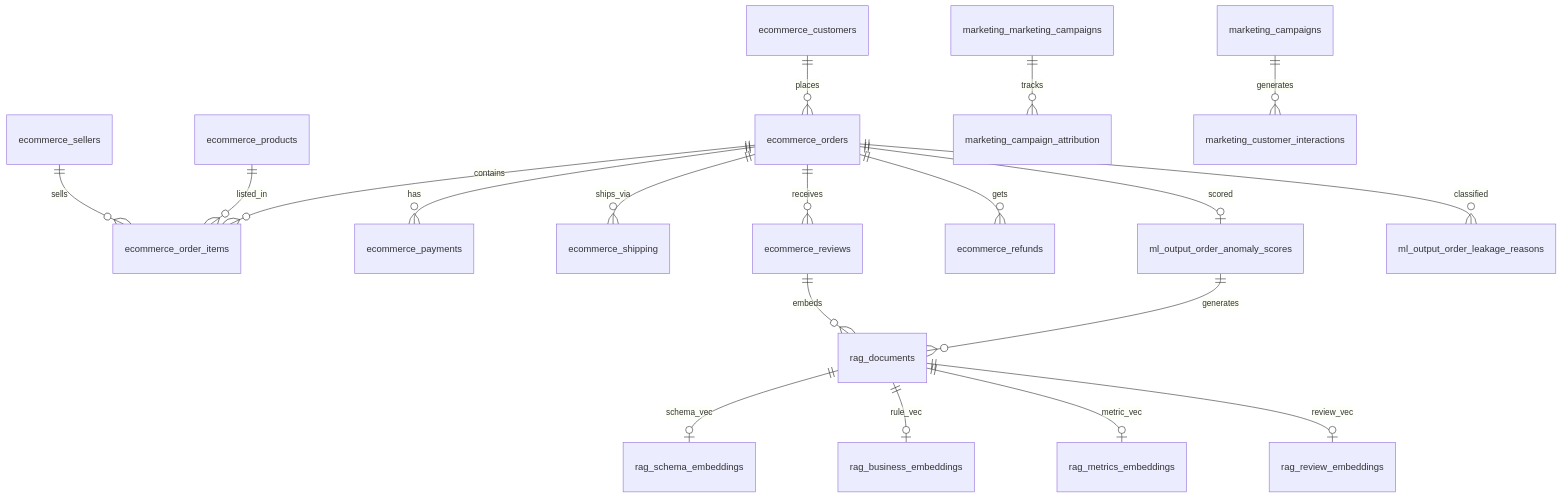
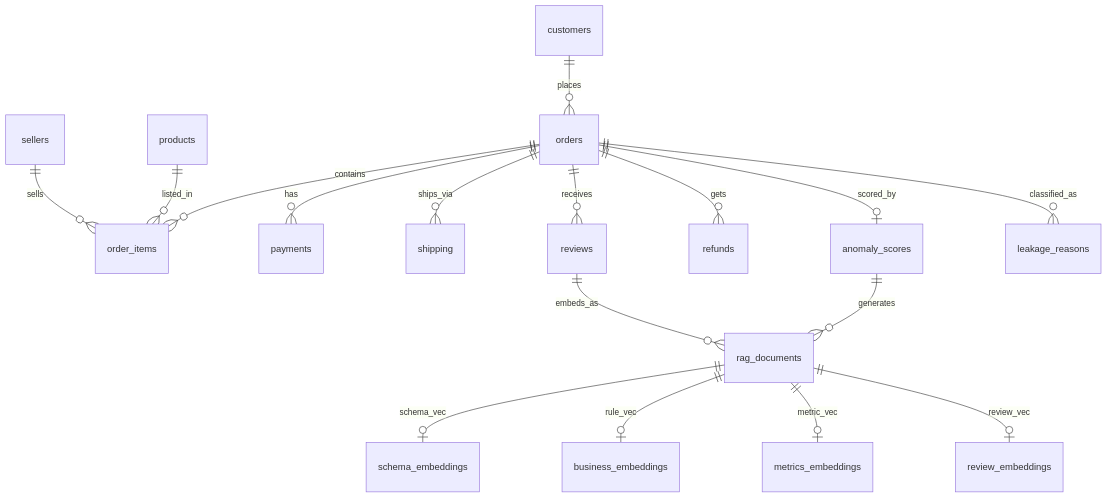
The second of 6 diagrams in README.md (Mohamed-Elmasry16/Recovera-Hybrid-Database-Architecture), drawn with Mermaid before and after one commit. The commit also changed other lines of this file, not shown here.

````diff
--- a/README.md
+++ b/README.md
@@ -183,25 +132,22 @@
 ```mermaid
 erDiagram
-    ecommerce_customers ||--o{ ecommerce_orders : places
-    ecommerce_orders ||--o{ ecommerce_order_items : contains
-    ecommerce_orders ||--o{ ecommerce_payments : has
-    ecommerce_orders ||--o{ ecommerce_shipping : ships_via
-    ecommerce_orders ||--o{ ecommerce_reviews : receives
-    ecommerce_orders ||--o{ ecommerce_refunds : gets
-    ecommerce_products ||--o{ ecommerce_order_items : listed_in
-    ecommerce_sellers ||--o{ ecommerce_order_items : sells
+    customers ||--o{ orders : places
+    orders ||--o{ order_items : contains
+    orders ||--o{ payments : has
+    orders ||--o{ shipping : ships_via
+    orders ||--o{ reviews : receives
+    orders ||--o{ refunds : gets
+    products ||--o{ order_items : listed_in
+    sellers  ||--o{ order_items : sells
 
-    ecommerce_orders ||--o| ml_output_order_anomaly_scores : scored
-    ecommerce_orders ||--o{ ml_output_order_leakage_reasons : classified
+    orders ||--o| anomaly_scores   : scored_by
+    orders ||--o{ leakage_reasons  : classified_as
 
-    ml_output_order_anomaly_scores ||--o{ rag_documents : generates
-    ecommerce_reviews ||--o{ rag_documents : embeds
+    anomaly_scores ||--o{ rag_documents : generates
+    reviews        ||--o{ rag_documents : embeds_as
 
-    rag_documents ||--o| rag_schema_embeddings : schema_vec
-    rag_documents ||--o| rag_business_embeddings : rule_vec
-    rag_documents ||--o| rag_metrics_embeddings : metric_vec
-    rag_documents ||--o| rag_review_embeddings : review_vec
-
-    marketing_marketing_campaigns ||--o{ marketing_campaign_attribution : tracks
-    marketing_campaigns ||--o{ marketing_customer_interactions : generates
+    rag_documents ||--o| schema_embeddings   : schema_vec
+    rag_documents ||--o| business_embeddings : rule_vec
+    rag_documents ||--o| metrics_embeddings  : metric_vec
+    rag_documents ||--o| review_embeddings   : review_vec
 ```
````
